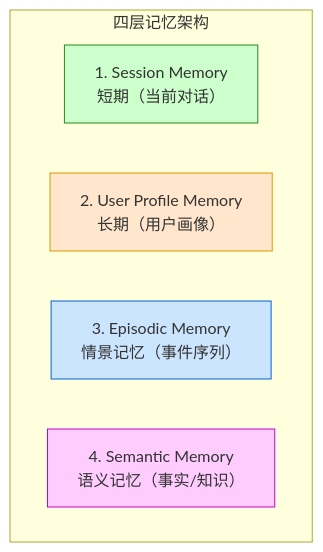
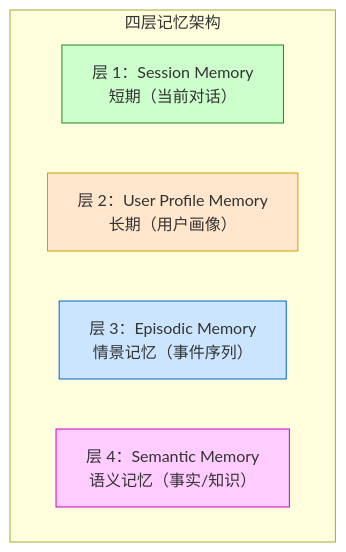
One commit to BeefWrap4/LLM-Knowledge-Base changed the diagram in 35_生产级Agent记忆框架.md. Above: the diagram before and after it, drawn with Mermaid. The commit also changed 12 other files, not shown here.

Commit message:
Fix Mermaid markdown label rendering

````diff
--- a/35_生产级Agent记忆框架.md
+++ b/35_生产级Agent记忆框架.md
@@ -34,14 +34,14 @@
 ```mermaid
 graph TD
     subgraph "四层记忆架构"
-        SubGraph1["1. Session Memory<br/>短期（当前对话）"]
-        SubGraph2["2. User Profile Memory<br/>长期（用户画像）"]
-        SubGraph3["3. Episodic Memory<br/>情景记忆（事件序列）"]
-        SubGraph4["4. Semantic Memory<br/>语义记忆（事实/知识）"]
+        SubGraph1["层 1：Session Memory<br/>短期（当前对话）"]
+        SubGraph2["层 2：User Profile Memory<br/>长期（用户画像）"]
+        SubGraph3["层 3：Episodic Memory<br/>情景记忆（事件序列）"]
+        SubGraph4["层 4：Semantic Memory<br/>语义记忆（事实/知识）"]
     end
 
     style SubGraph1 fill:#ccffcc,stroke:#228b22
     style SubGraph2 fill:#ffe6cc,stroke:#d79b00
     style SubGraph3 fill:#cce5ff,stroke:#0066cc
     style SubGraph4 fill:#ffccff,stroke:#cc00cc
 ```
````
